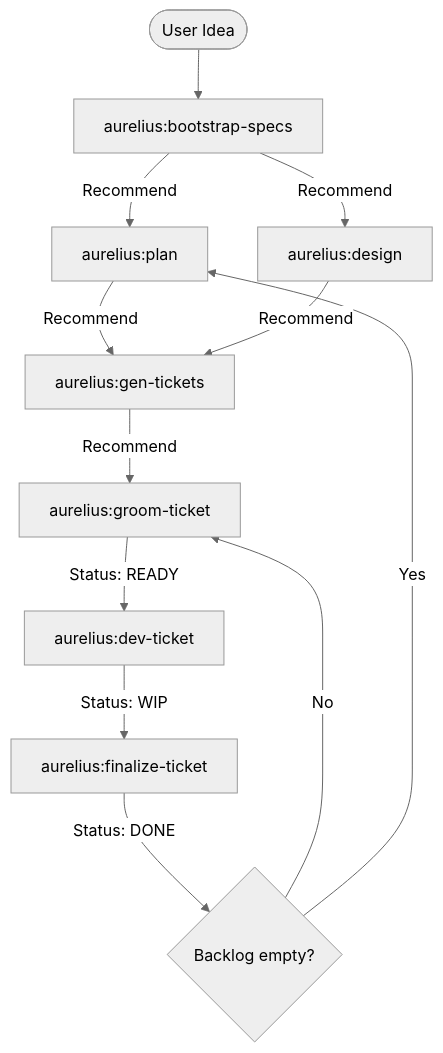
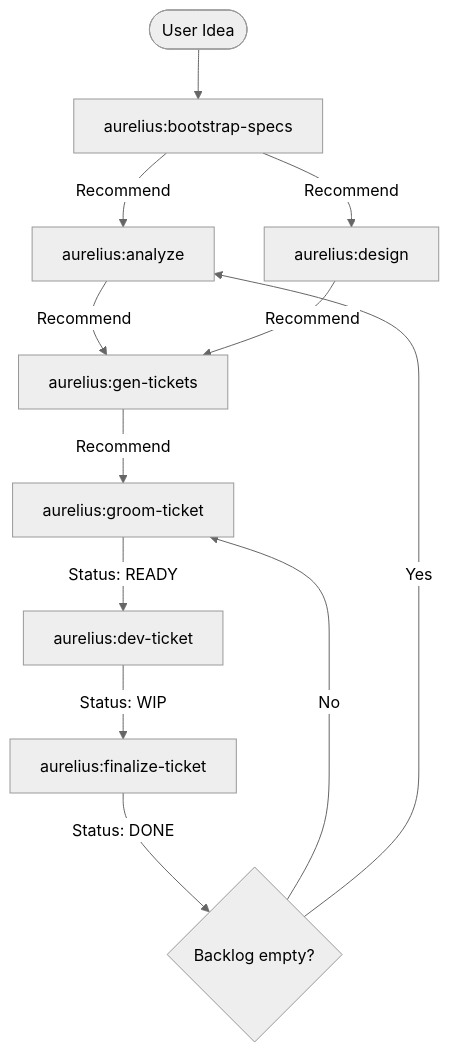
Before and after one commit to MathFrenchToast/aurelius: the diagram in README.md, drawn with Mermaid (neutral theme). The commit also changed other lines of this file and 12 other files, not shown here.

Commit message:
feat: rename plan to analyze and remove auto mode complexity

````diff
--- a/README.md
+++ b/README.md
@@ -66,14 +66,14 @@
 ```mermaid
 graph TD
     User([User Idea]) --> PM[aurelius:bootstrap-specs]
-    PM -->|Recommend| Arch_Plan[aurelius:plan]
+    PM -->|Recommend| Arch_Analyze[aurelius:analyze]
     PM -->|Recommend| UX[aurelius:design]
-    Arch_Plan -->|Recommend| PO[aurelius:gen-tickets]
+    Arch_Analyze -->|Recommend| PO[aurelius:gen-tickets]
     UX -->|Recommend| PO
     PO -->|Recommend| Arch_Groom[aurelius:groom-ticket]
     Arch_Groom -->|Status: READY| Dev[aurelius:dev-ticket]
     Dev -->|Status: WIP| Rev[aurelius:finalize-ticket]
     Rev -->|Status: DONE| Next{Backlog empty?}
     Next -->|No| Arch_Groom
-    Next -->|Yes| Arch_Plan
+    Next -->|Yes| Arch_Analyze
 ```
````
